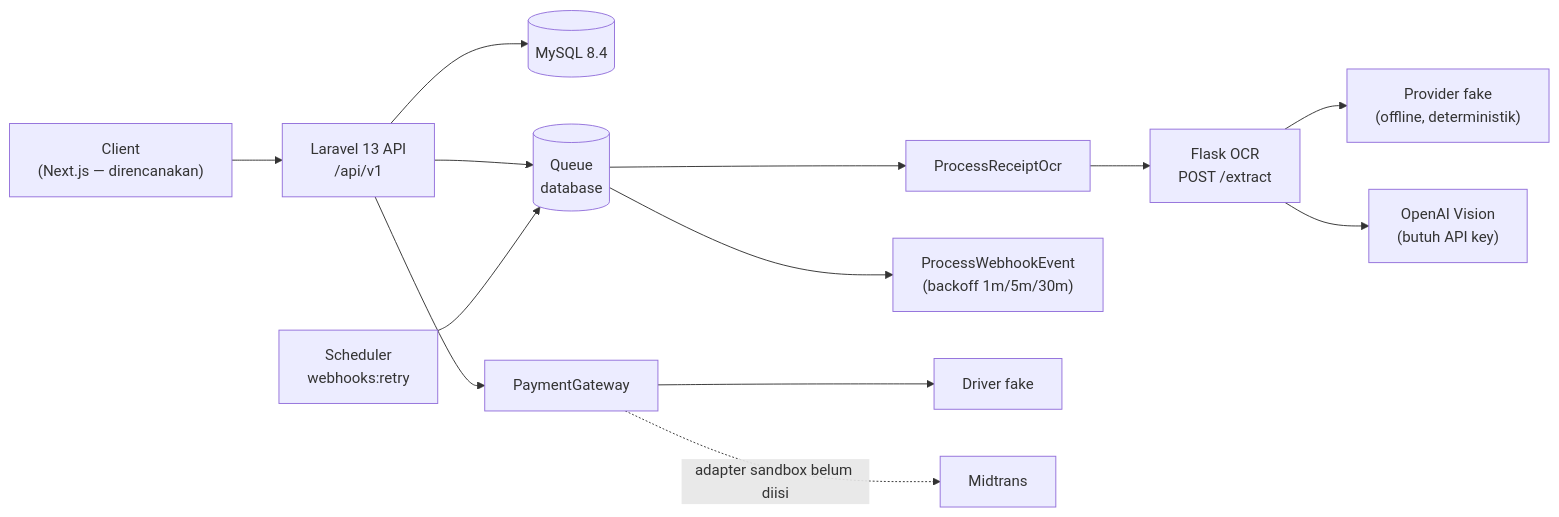
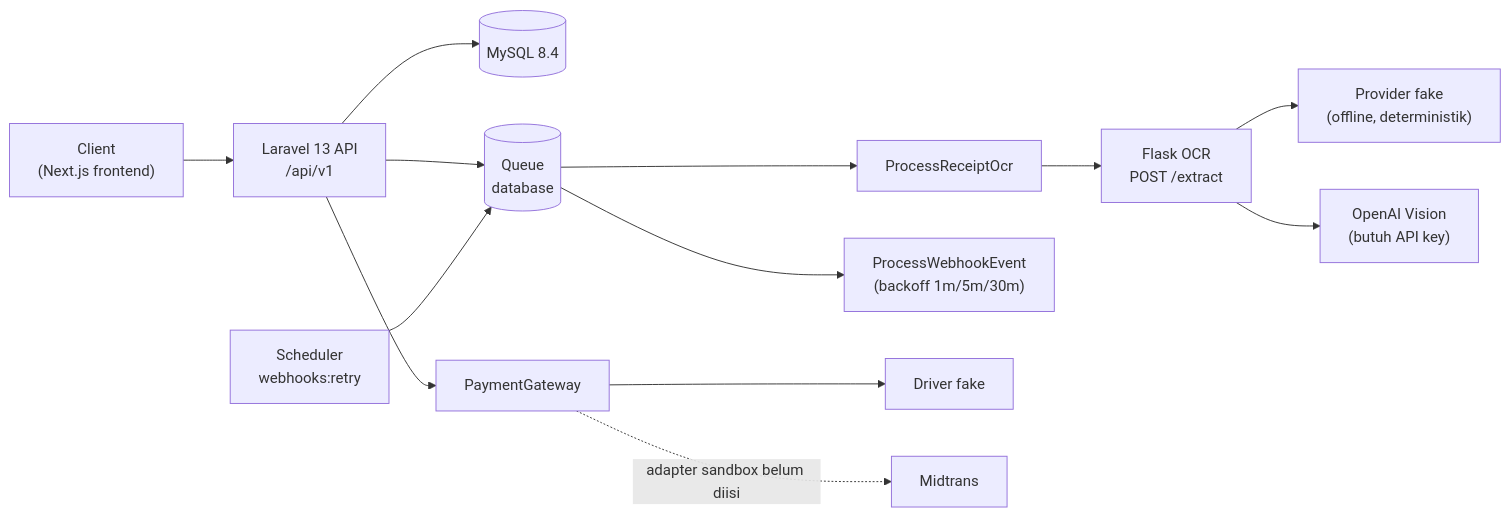
One commit to Dikaaff/AmanahLink changed the diagram in README.md. Above: the diagram before and after it, drawn with Mermaid. The commit also changed other lines of this file and 7 other files, not shown here.

````diff
--- a/README.md
+++ b/README.md
@@ -130,15 +130,15 @@
 ```mermaid
 flowchart LR
-    C["Client<br/>(Next.js — direncanakan)"] --> API["Laravel 13 API<br/>/api/v1"]
+    C["Client<br/>(Next.js frontend)"] --> API["Laravel 13 API<br/>/api/v1"]
     API --> DB[("MySQL 8.4")]
     API --> Q[("Queue<br/>database")]
     Q --> JOB["ProcessReceiptOcr"]
     Q --> RETRY["ProcessWebhookEvent<br/>(backoff 1m/5m/30m)"]
     SCH["Scheduler<br/>webhooks:retry"] --> Q
     JOB --> OCR["Flask OCR<br/>POST /extract"]
     OCR --> FP["Provider fake<br/>(offline, deterministik)"]
     OCR --> OP["OpenAI Vision<br/>(butuh API key)"]
     API --> PG["PaymentGateway"]
     PG --> PF["Driver fake"]
     PG -. "adapter sandbox belum diisi" .-> MT["Midtrans"]
 ```
````
